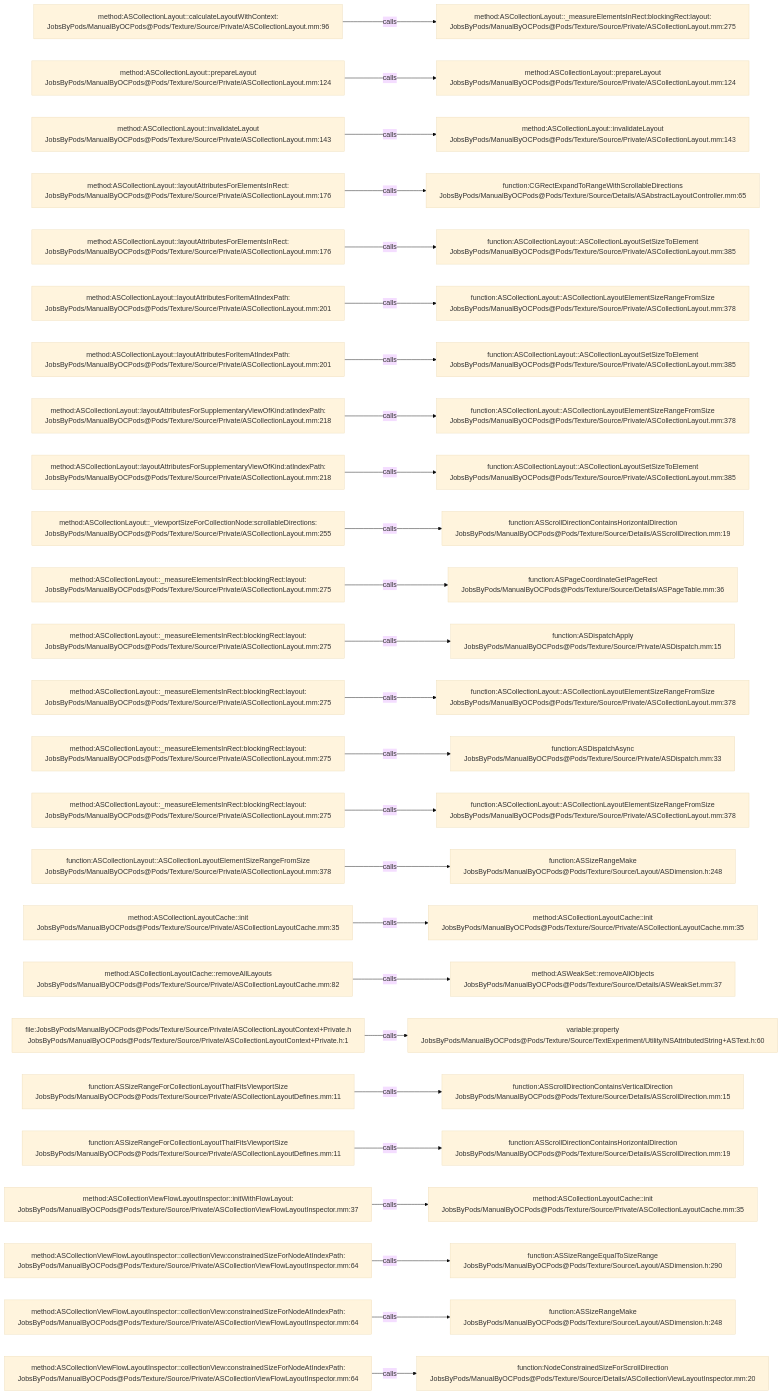
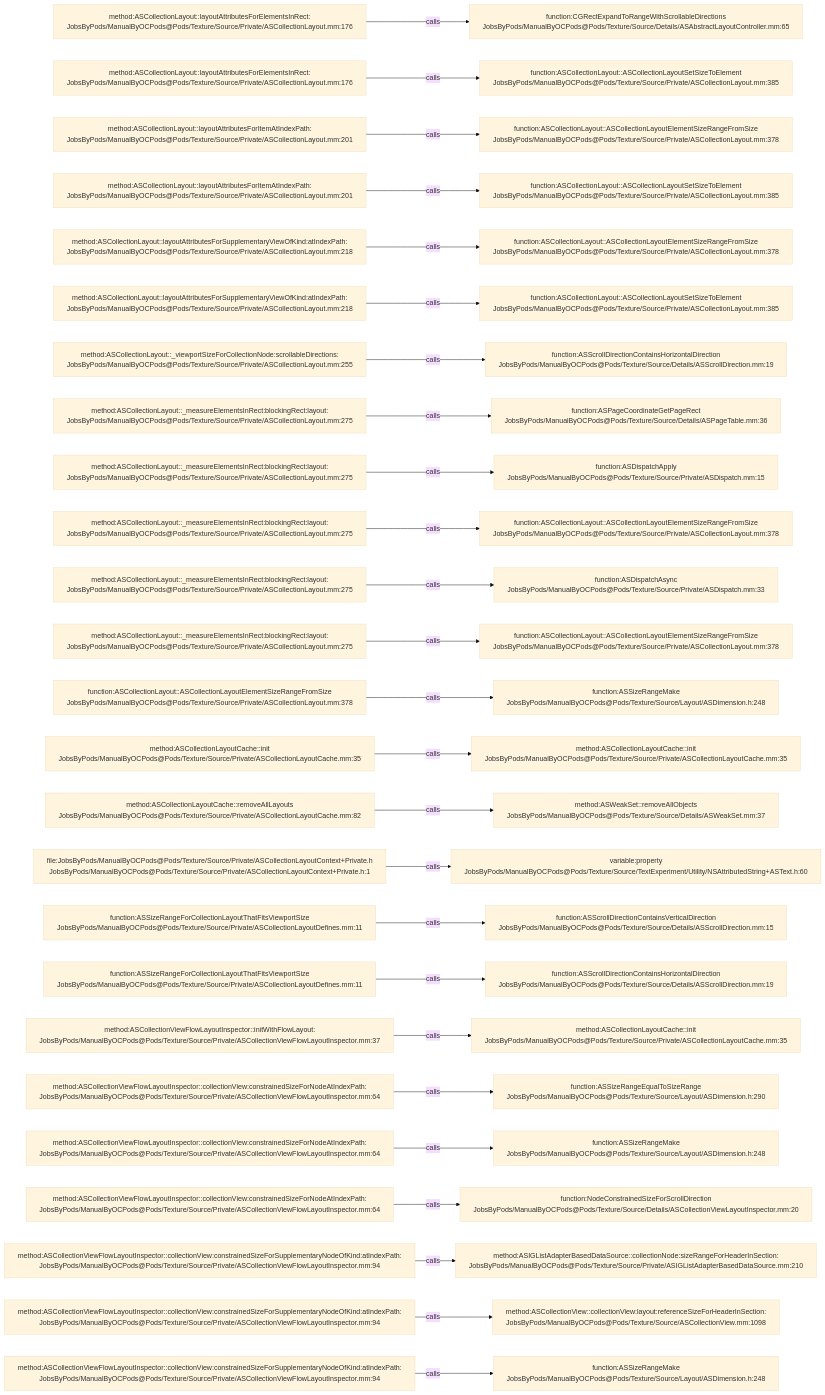
One commit to JobsKits/JobsOCBaseConfigDemo changed the diagram in .codegraph/codegraph.md/graphs/calls-187.md. Above: the diagram before and after it, drawn with Mermaid (base theme). The commit also changed 342 other files, not shown here.

````diff
--- a/.codegraph/codegraph.md/graphs/calls-187.md
+++ b/.codegraph/codegraph.md/graphs/calls-187.md
@@ -13,78 +13,78 @@
 ```mermaid
 flowchart LR
-  S1["method:ASCollectionLayout::calculateLayoutWithContext:<br/>JobsByPods/ManualByOCPods@Pods/Texture/Source/Private/ASCollectionLayout.mm:96"]
-  T1["method:ASCollectionLayout::_measureElementsInRect:blockingRect:layout:<br/>JobsByPods/ManualByOCPods@Pods/Texture/Source/Private/ASCollectionLayout.mm:275"]
+  S1["method:ASCollectionLayout::layoutAttributesForElementsInRect:<br/>JobsByPods/ManualByOCPods@Pods/Texture/Source/Private/ASCollectionLayout.mm:176"]
+  T1["function:CGRectExpandToRangeWithScrollableDirections<br/>JobsByPods/ManualByOCPods@Pods/Texture/Source/Details/ASAbstractLayoutController.mm:65"]
   S1 -->|calls| T1
-  S2["method:ASCollectionLayout::prepareLayout<br/>JobsByPods/ManualByOCPods@Pods/Texture/Source/Private/ASCollectionLayout.mm:124"]
-  T2["method:ASCollectionLayout::prepareLayout<br/>JobsByPods/ManualByOCPods@Pods/Texture/Source/Private/ASCollectionLayout.mm:124"]
+  S2["method:ASCollectionLayout::layoutAttributesForElementsInRect:<br/>JobsByPods/ManualByOCPods@Pods/Texture/Source/Private/ASCollectionLayout.mm:176"]
+  T2["function:ASCollectionLayout::ASCollectionLayoutSetSizeToElement<br/>JobsByPods/ManualByOCPods@Pods/Texture/Source/Private/ASCollectionLayout.mm:385"]
   S2 -->|calls| T2
-  S3["method:ASCollectionLayout::invalidateLayout<br/>JobsByPods/ManualByOCPods@Pods/Texture/Source/Private/ASCollectionLayout.mm:143"]
-  T3["method:ASCollectionLayout::invalidateLayout<br/>JobsByPods/ManualByOCPods@Pods/Texture/Source/Private/ASCollectionLayout.mm:143"]
+  S3["method:ASCollectionLayout::layoutAttributesForItemAtIndexPath:<br/>JobsByPods/ManualByOCPods@Pods/Texture/Source/Private/ASCollectionLayout.mm:201"]
+  T3["function:ASCollectionLayout::ASCollectionLayoutElementSizeRangeFromSize<br/>JobsByPods/ManualByOCPods@Pods/Texture/Source/Private/ASCollectionLayout.mm:378"]
   S3 -->|calls| T3
-  S4["method:ASCollectionLayout::layoutAttributesForElementsInRect:<br/>JobsByPods/ManualByOCPods@Pods/Texture/Source/Private/ASCollectionLayout.mm:176"]
-  T4["function:CGRectExpandToRangeWithScrollableDirections<br/>JobsByPods/ManualByOCPods@Pods/Texture/Source/Details/ASAbstractLayoutController.mm:65"]
+  S4["method:ASCollectionLayout::layoutAttributesForItemAtIndexPath:<br/>JobsByPods/ManualByOCPods@Pods/Texture/Source/Private/ASCollectionLayout.mm:201"]
+  T4["function:ASCollectionLayout::ASCollectionLayoutSetSizeToElement<br/>JobsByPods/ManualByOCPods@Pods/Texture/Source/Private/ASCollectionLayout.mm:385"]
   S4 -->|calls| T4
-  S5["method:ASCollectionLayout::layoutAttributesForElementsInRect:<br/>JobsByPods/ManualByOCPods@Pods/Texture/Source/Private/ASCollectionLayout.mm:176"]
-  T5["function:ASCollectionLayout::ASCollectionLayoutSetSizeToElement<br/>JobsByPods/ManualByOCPods@Pods/Texture/Source/Private/ASCollectionLayout.mm:385"]
+  S5["method:ASCollectionLayout::layoutAttributesForSupplementaryViewOfKind:atIndexPath:<br/>JobsByPods/ManualByOCPods@Pods/Texture/Source/Private/ASCollectionLayout.mm:218"]
+  T5["function:ASCollectionLayout::ASCollectionLayoutElementSizeRangeFromSize<br/>JobsByPods/ManualByOCPods@Pods/Texture/Source/Private/ASCollectionLayout.mm:378"]
   S5 -->|calls| T5
-  S6["method:ASCollectionLayout::layoutAttributesForItemAtIndexPath:<br/>JobsByPods/ManualByOCPods@Pods/Texture/Source/Private/ASCollectionLayout.mm:201"]
-  T6["function:ASCollectionLayout::ASCollectionLayoutElementSizeRangeFromSize<br/>JobsByPods/ManualByOCPods@Pods/Texture/Source/Private/ASCollectionLayout.mm:378"]
+  S6["method:ASCollectionLayout::layoutAttributesForSupplementaryViewOfKind:atIndexPath:<br/>JobsByPods/ManualByOCPods@Pods/Texture/Source/Private/ASCollectionLayout.mm:218"]
+  T6["function:ASCollectionLayout::ASCollectionLayoutSetSizeToElement<br/>JobsByPods/ManualByOCPods@Pods/Texture/Source/Private/ASCollectionLayout.mm:385"]
   S6 -->|calls| T6
-  S7["method:ASCollectionLayout::layoutAttributesForItemAtIndexPath:<br/>JobsByPods/ManualByOCPods@Pods/Texture/Source/Private/ASCollectionLayout.mm:201"]
-  T7["function:ASCollectionLayout::ASCollectionLayoutSetSizeToElement<br/>JobsByPods/ManualByOCPods@Pods/Texture/Source/Private/ASCollectionLayout.mm:385"]
+  S7["method:ASCollectionLayout::_viewportSizeForCollectionNode:scrollableDirections:<br/>JobsByPods/ManualByOCPods@Pods/Texture/Source/Private/ASCollectionLayout.mm:255"]
+  T7["function:ASScrollDirectionContainsHorizontalDirection<br/>JobsByPods/ManualByOCPods@Pods/Texture/Source/Details/ASScrollDirection.mm:19"]
   S7 -->|calls| T7
-  S8["method:ASCollectionLayout::layoutAttributesForSupplementaryViewOfKind:atIndexPath:<br/>JobsByPods/ManualByOCPods@Pods/Texture/Source/Private/ASCollectionLayout.mm:218"]
-  T8["function:ASCollectionLayout::ASCollectionLayoutElementSizeRangeFromSize<br/>JobsByPods/ManualByOCPods@Pods/Texture/Source/Private/ASCollectionLayout.mm:378"]
+  S8["method:ASCollectionLayout::_measureElementsInRect:blockingRect:layout:<br/>JobsByPods/ManualByOCPods@Pods/Texture/Source/Private/ASCollectionLayout.mm:275"]
+  T8["function:ASPageCoordinateGetPageRect<br/>JobsByPods/ManualByOCPods@Pods/Texture/Source/Details/ASPageTable.mm:36"]
   S8 -->|calls| T8
-  S9["method:ASCollectionLayout::layoutAttributesForSupplementaryViewOfKind:atIndexPath:<br/>JobsByPods/ManualByOCPods@Pods/Texture/Source/Private/ASCollectionLayout.mm:218"]
-  T9["function:ASCollectionLayout::ASCollectionLayoutSetSizeToElement<br/>JobsByPods/ManualByOCPods@Pods/Texture/Source/Private/ASCollectionLayout.mm:385"]
+  S9["method:ASCollectionLayout::_measureElementsInRect:blockingRect:layout:<br/>JobsByPods/ManualByOCPods@Pods/Texture/Source/Private/ASCollectionLayout.mm:275"]
+  T9["function:ASDispatchApply<br/>JobsByPods/ManualByOCPods@Pods/Texture/Source/Private/ASDispatch.mm:15"]
   S9 -->|calls| T9
-  S10["method:ASCollectionLayout::_viewportSizeForCollectionNode:scrollableDirections:<br/>JobsByPods/ManualByOCPods@Pods/Texture/Source/Private/ASCollectionLayout.mm:255"]
-  T10["function:ASScrollDirectionContainsHorizontalDirection<br/>JobsByPods/ManualByOCPods@Pods/Texture/Source/Details/ASScrollDirection.mm:19"]
+  S10["method:ASCollectionLayout::_measureElementsInRect:blockingRect:layout:<br/>JobsByPods/ManualByOCPods@Pods/Texture/Source/Private/ASCollectionLayout.mm:275"]
+  T10["function:ASCollectionLayout::ASCollectionLayoutElementSizeRangeFromSize<br/>JobsByPods/ManualByOCPods@Pods/Texture/Source/Private/ASCollectionLayout.mm:378"]
   S10 -->|calls| T10
   S11["method:ASCollectionLayout::_measureElementsInRect:blockingRect:layout:<br/>JobsByPods/ManualByOCPods@Pods/Texture/Source/Private/ASCollectionLayout.mm:275"]
-  T11["function:ASPageCoordinateGetPageRect<br/>JobsByPods/ManualByOCPods@Pods/Texture/Source/Details/ASPageTable.mm:36"]
+  T11["function:ASDispatchAsync<br/>JobsByPods/ManualByOCPods@Pods/Texture/Source/Private/ASDispatch.mm:33"]
   S11 -->|calls| T11
   S12["method:ASCollectionLayout::_measureElementsInRect:blockingRect:layout:<br/>JobsByPods/ManualByOCPods@Pods/Texture/Source/Private/ASCollectionLayout.mm:275"]
-  T12["function:ASDispatchApply<br/>JobsByPods/ManualByOCPods@Pods/Texture/Source/Private/ASDispatch.mm:15"]
+  T12["function:ASCollectionLayout::ASCollectionLayoutElementSizeRangeFromSize<br/>JobsByPods/ManualByOCPods@Pods/Texture/Source/Private/ASCollectionLayout.mm:378"]
   S12 -->|calls| T12
-  S13["method:ASCollectionLayout::_measureElementsInRect:blockingRect:layout:<br/>JobsByPods/ManualByOCPods@Pods/Texture/Source/Private/ASCollectionLayout.mm:275"]
-  T13["function:ASCollectionLayout::ASCollectionLayoutElementSizeRangeFromSize<br/>JobsByPods/ManualByOCPods@Pods/Texture/Source/Private/ASCollectionLayout.mm:378"]
+  S13["function:ASCollectionLayout::ASCollectionLayoutElementSizeRangeFromSize<br/>JobsByPods/ManualByOCPods@Pods/Texture/Source/Private/ASCollectionLayout.mm:378"]
+  T13["function:ASSizeRangeMake<br/>JobsByPods/ManualByOCPods@Pods/Texture/Source/Layout/ASDimension.h:248"]
   S13 -->|calls| T13
-  S14["method:ASCollectionLayout::_measureElementsInRect:blockingRect:layout:<br/>JobsByPods/ManualByOCPods@Pods/Texture/Source/Private/ASCollectionLayout.mm:275"]
-  T14["function:ASDispatchAsync<br/>JobsByPods/ManualByOCPods@Pods/Texture/Source/Private/ASDispatch.mm:33"]
+  S14["method:ASCollectionLayoutCache::init<br/>JobsByPods/ManualByOCPods@Pods/Texture/Source/Private/ASCollectionLayoutCache.mm:35"]
+  T14["method:ASCollectionLayoutCache::init<br/>JobsByPods/ManualByOCPods@Pods/Texture/Source/Private/ASCollectionLayoutCache.mm:35"]
   S14 -->|calls| T14
-  S15["method:ASCollectionLayout::_measureElementsInRect:blockingRect:layout:<br/>JobsByPods/ManualByOCPods@Pods/Texture/Source/Private/ASCollectionLayout.mm:275"]
-  T15["function:ASCollectionLayout::ASCollectionLayoutElementSizeRangeFromSize<br/>JobsByPods/ManualByOCPods@Pods/Texture/Source/Private/ASCollectionLayout.mm:378"]
+  S15["method:ASCollectionLayoutCache::removeAllLayouts<br/>JobsByPods/ManualByOCPods@Pods/Texture/Source/Private/ASCollectionLayoutCache.mm:82"]
+  T15["method:ASWeakSet::removeAllObjects<br/>JobsByPods/ManualByOCPods@Pods/Texture/Source/Details/ASWeakSet.mm:37"]
   S15 -->|calls| T15
-  S16["function:ASCollectionLayout::ASCollectionLayoutElementSizeRangeFromSize<br/>JobsByPods/ManualByOCPods@Pods/Texture/Source/Private/ASCollectionLayout.mm:378"]
-  T16["function:ASSizeRangeMake<br/>JobsByPods/ManualByOCPods@Pods/Texture/Source/Layout/ASDimension.h:248"]
+  S16["file:JobsByPods/ManualByOCPods@Pods/Texture/Source/Private/ASCollectionLayoutContext+Private.h<br/>JobsByPods/ManualByOCPods@Pods/Texture/Source/Private/ASCollectionLayoutContext+Private.h:1"]
+  T16["variable:property<br/>JobsByPods/ManualByOCPods@Pods/Texture/Source/TextExperiment/Utility/NSAttributedString+ASText.h:60"]
   S16 -->|calls| T16
-  S17["method:ASCollectionLayoutCache::init<br/>JobsByPods/ManualByOCPods@Pods/Texture/Source/Private/ASCollectionLayoutCache.mm:35"]
-  T17["method:ASCollectionLayoutCache::init<br/>JobsByPods/ManualByOCPods@Pods/Texture/Source/Private/ASCollectionLayoutCache.mm:35"]
+  S17["function:ASSizeRangeForCollectionLayoutThatFitsViewportSize<br/>JobsByPods/ManualByOCPods@Pods/Texture/Source/Private/ASCollectionLayoutDefines.mm:11"]
+  T17["function:ASScrollDirectionContainsVerticalDirection<br/>JobsByPods/ManualByOCPods@Pods/Texture/Source/Details/ASScrollDirection.mm:15"]
   S17 -->|calls| T17
-  S18["method:ASCollectionLayoutCache::removeAllLayouts<br/>JobsByPods/ManualByOCPods@Pods/Texture/Source/Private/ASCollectionLayoutCache.mm:82"]
-  T18["method:ASWeakSet::removeAllObjects<br/>JobsByPods/ManualByOCPods@Pods/Texture/Source/Details/ASWeakSet.mm:37"]
+  S18["function:ASSizeRangeForCollectionLayoutThatFitsViewportSize<br/>JobsByPods/ManualByOCPods@Pods/Texture/Source/Private/ASCollectionLayoutDefines.mm:11"]
+  T18["function:ASScrollDirectionContainsHorizontalDirection<br/>JobsByPods/ManualByOCPods@Pods/Texture/Source/Details/ASScrollDirection.mm:19"]
   S18 -->|calls| T18
-  S19["file:JobsByPods/ManualByOCPods@Pods/Texture/Source/Private/ASCollectionLayoutContext+Private.h<br/>JobsByPods/ManualByOCPods@Pods/Texture/Source/Private/ASCollectionLayoutContext+Private.h:1"]
-  T19["variable:property<br/>JobsByPods/ManualByOCPods@Pods/Texture/Source/TextExperiment/Utility/NSAttributedString+ASText.h:60"]
+  S19["method:ASCollectionViewFlowLayoutInspector::initWithFlowLayout:<br/>JobsByPods/ManualByOCPods@Pods/Texture/Source/Private/ASCollectionViewFlowLayoutInspector.mm:37"]
+  T19["method:ASCollectionLayoutCache::init<br/>JobsByPods/ManualByOCPods@Pods/Texture/Source/Private/ASCollectionLayoutCache.mm:35"]
   S19 -->|calls| T19
-  S20["function:ASSizeRangeForCollectionLayoutThatFitsViewportSize<br/>JobsByPods/ManualByOCPods@Pods/Texture/Source/Private/ASCollectionLayoutDefines.mm:11"]
-  T20["function:ASScrollDirectionContainsVerticalDirection<br/>JobsByPods/ManualByOCPods@Pods/Texture/Source/Details/ASScrollDirection.mm:15"]
+  S20["method:ASCollectionViewFlowLayoutInspector::collectionView:constrainedSizeForNodeAtIndexPath:<br/>JobsByPods/ManualByOCPods@Pods/Texture/Source/Private/ASCollectionViewFlowLayoutInspector.mm:64"]
+  T20["function:ASSizeRangeEqualToSizeRange<br/>JobsByPods/ManualByOCPods@Pods/Texture/Source/Layout/ASDimension.h:290"]
   S20 -->|calls| T20
-  S21["function:ASSizeRangeForCollectionLayoutThatFitsViewportSize<br/>JobsByPods/ManualByOCPods@Pods/Texture/Source/Private/ASCollectionLayoutDefines.mm:11"]
-  T21["function:ASScrollDirectionContainsHorizontalDirection<br/>JobsByPods/ManualByOCPods@Pods/Texture/Source/Details/ASScrollDirection.mm:19"]
+  S21["method:ASCollectionViewFlowLayoutInspector::collectionView:constrainedSizeForNodeAtIndexPath:<br/>JobsByPods/ManualByOCPods@Pods/Texture/Source/Private/ASCollectionViewFlowLayoutInspector.mm:64"]
+  T21["function:ASSizeRangeMake<br/>JobsByPods/ManualByOCPods@Pods/Texture/Source/Layout/ASDimension.h:248"]
   S21 -->|calls| T21
-  S22["method:ASCollectionViewFlowLayoutInspector::initWithFlowLayout:<br/>JobsByPods/ManualByOCPods@Pods/Texture/Source/Private/ASCollectionViewFlowLayoutInspector.mm:37"]
-  T22["method:ASCollectionLayoutCache::init<br/>JobsByPods/ManualByOCPods@Pods/Texture/Source/Private/ASCollectionLayoutCache.mm:35"]
+  S22["method:ASCollectionViewFlowLayoutInspector::collectionView:constrainedSizeForNodeAtIndexPath:<br/>JobsByPods/ManualByOCPods@Pods/Texture/Source/Private/ASCollectionViewFlowLayoutInspector.mm:64"]
+  T22["function:NodeConstrainedSizeForScrollDirection<br/>JobsByPods/ManualByOCPods@Pods/Texture/Source/Details/ASCollectionViewLayoutInspector.mm:20"]
   S22 -->|calls| T22
-  S23["method:ASCollectionViewFlowLayoutInspector::collectionView:constrainedSizeForNodeAtIndexPath:<br/>JobsByPods/ManualByOCPods@Pods/Texture/Source/Private/ASCollectionViewFlowLayoutInspector.mm:64"]
-  T23["function:ASSizeRangeEqualToSizeRange<br/>JobsByPods/ManualByOCPods@Pods/Texture/Source/Layout/ASDimension.h:290"]
+  S23["method:ASCollectionViewFlowLayoutInspector::collectionView:constrainedSizeForSupplementaryNodeOfKind:atIndexPath:<br/>JobsByPods/ManualByOCPods@Pods/Texture/Source/Private/ASCollectionViewFlowLayoutInspector.mm:94"]
+  T23["method:ASIGListAdapterBasedDataSource::collectionNode:sizeRangeForHeaderInSection:<br/>JobsByPods/ManualByOCPods@Pods/Texture/Source/Private/ASIGListAdapterBasedDataSource.mm:210"]
   S23 -->|calls| T23
-  S24["method:ASCollectionViewFlowLayoutInspector::collectionView:constrainedSizeForNodeAtIndexPath:<br/>JobsByPods/ManualByOCPods@Pods/Texture/Source/Private/ASCollectionViewFlowLayoutInspector.mm:64"]
-  T24["function:ASSizeRangeMake<br/>JobsByPods/ManualByOCPods@Pods/Texture/Source/Layout/ASDimension.h:248"]
+  S24["method:ASCollectionViewFlowLayoutInspector::collectionView:constrainedSizeForSupplementaryNodeOfKind:atIndexPath:<br/>JobsByPods/ManualByOCPods@Pods/Texture/Source/Private/ASCollectionViewFlowLayoutInspector.mm:94"]
+  T24["method:ASCollectionView::collectionView:layout:referenceSizeForHeaderInSection:<br/>JobsByPods/ManualByOCPods@Pods/Texture/Source/ASCollectionView.mm:1098"]
   S24 -->|calls| T24
-  S25["method:ASCollectionViewFlowLayoutInspector::collectionView:constrainedSizeForNodeAtIndexPath:<br/>JobsByPods/ManualByOCPods@Pods/Texture/Source/Private/ASCollectionViewFlowLayoutInspector.mm:64"]
-  T25["function:NodeConstrainedSizeForScrollDirection<br/>JobsByPods/ManualByOCPods@Pods/Texture/Source/Details/ASCollectionViewLayoutInspector.mm:20"]
+  S25["method:ASCollectionViewFlowLayoutInspector::collectionView:constrainedSizeForSupplementaryNodeOfKind:atIndexPath:<br/>JobsByPods/ManualByOCPods@Pods/Texture/Source/Private/ASCollectionViewFlowLayoutInspector.mm:94"]
+  T25["function:ASSizeRangeMake<br/>JobsByPods/ManualByOCPods@Pods/Texture/Source/Layout/ASDimension.h:248"]
   S25 -->|calls| T25
 ```
````
